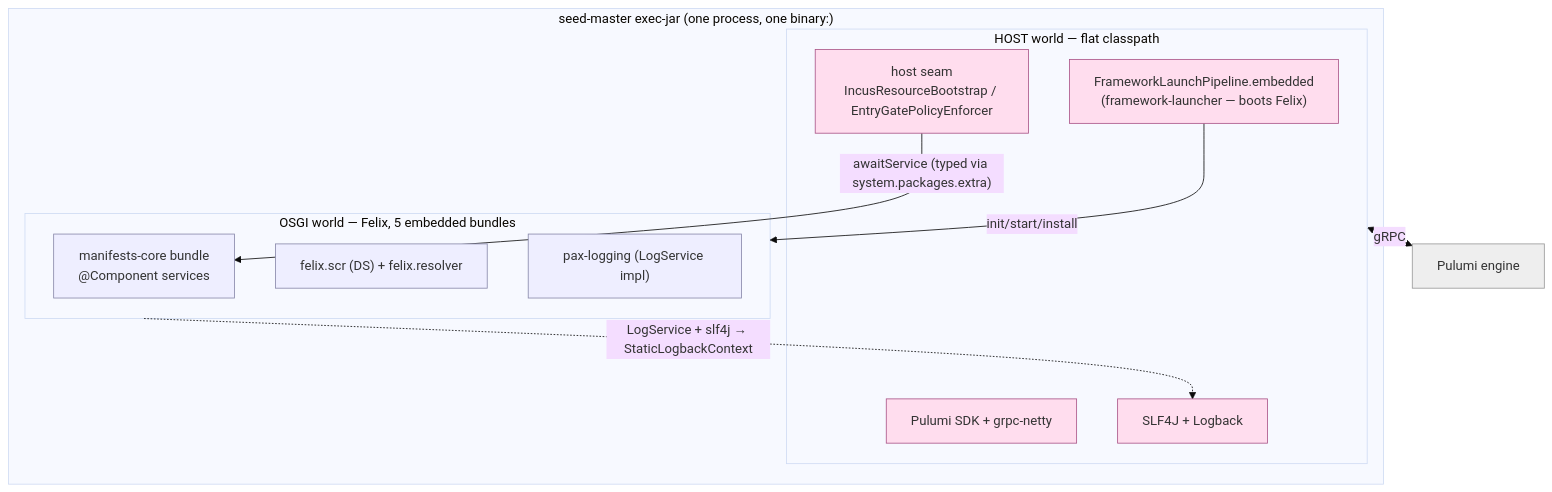
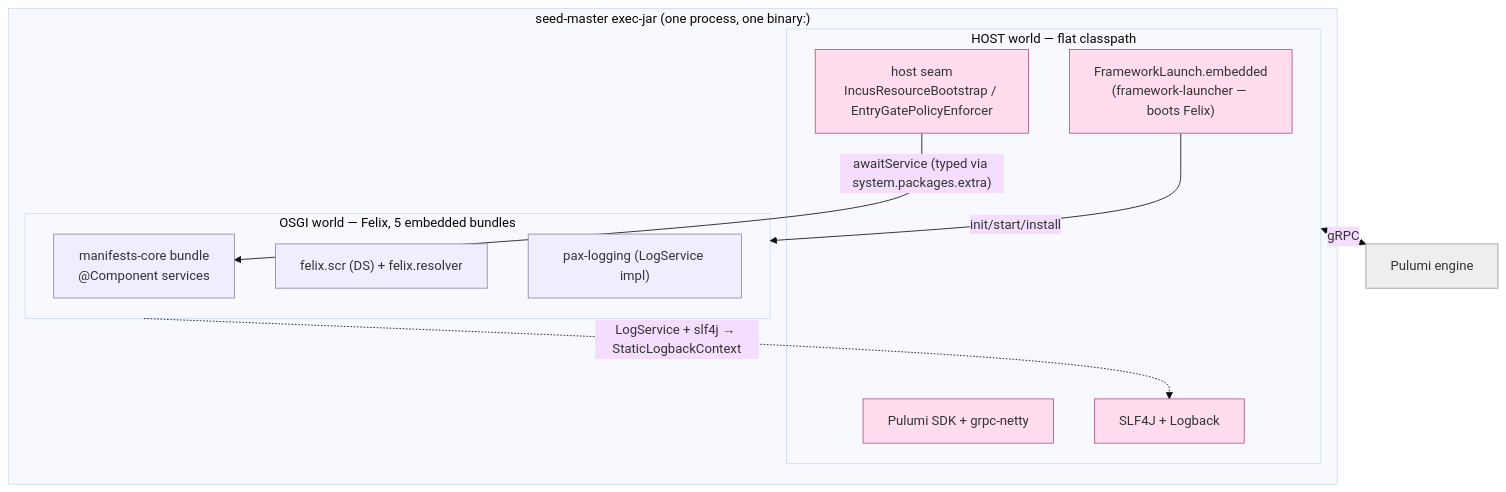
One commit to nxmatic/rke2lab changed the first of 4 diagrams in docs/architecture/atlas/runtime.adoc. Above: the diagram before and after it, drawn with Mermaid (base theme). The commit also changed other lines of this file and 18 other files, not shown here.

```diff
--- a/docs/architecture/atlas/runtime.adoc
+++ b/docs/architecture/atlas/runtime.adoc
@@ -27,27 +27,27 @@
 [mermaid]
 ....
 flowchart TB
   subgraph proc["seed-master exec-jar (one process, one binary:)"]
     subgraph host["HOST world — flat classpath"]
       seam["host seam<br/>IncusResourceBootstrap / EntryGatePolicyEnforcer"]:::host
-      rt["FrameworkLaunchPipeline.embedded<br/>(framework-launcher — boots Felix)"]:::host
+      rt["FrameworkLaunch.embedded<br/>(framework-launcher — boots Felix)"]:::host
       grpc["Pulumi SDK + grpc-netty"]:::host
       lb["SLF4J + Logback"]:::host
     end
     subgraph osgi["OSGI world — Felix, 5 embedded bundles"]
       core["manifests-core bundle<br/>@Component services"]:::osgi
       scr["felix.scr (DS) + felix.resolver"]:::osgi
       pax["pax-logging (LogService impl)"]:::osgi
     end
   end
   engine["Pulumi engine"]:::ext
 
   seam -->|"awaitService (typed via system.packages.extra)"| core
   rt -->|init/start/install| osgi
   host <-->|gRPC| engine
   osgi -.->|"LogService + slf4j → StaticLogbackContext"| lb
 
   classDef host fill:#fde,stroke:#a58,stroke-width:1px;
   classDef osgi fill:#eef,stroke:#88a,stroke-width:1px;
   classDef ext fill:#eee,stroke:#999,stroke-width:1px;
 ....
```
